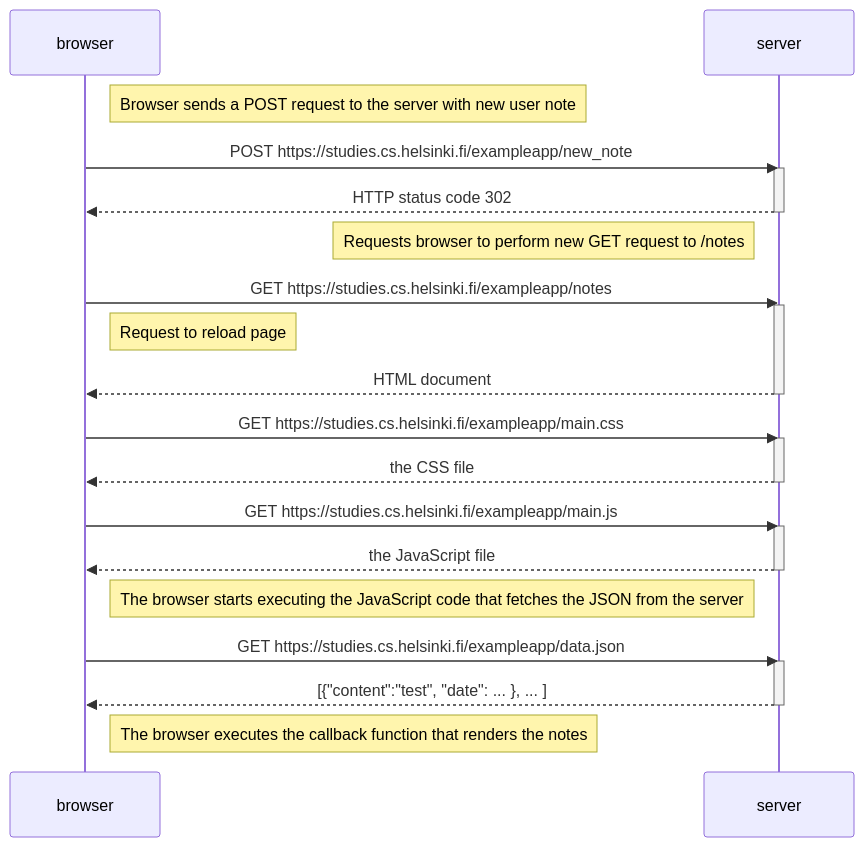
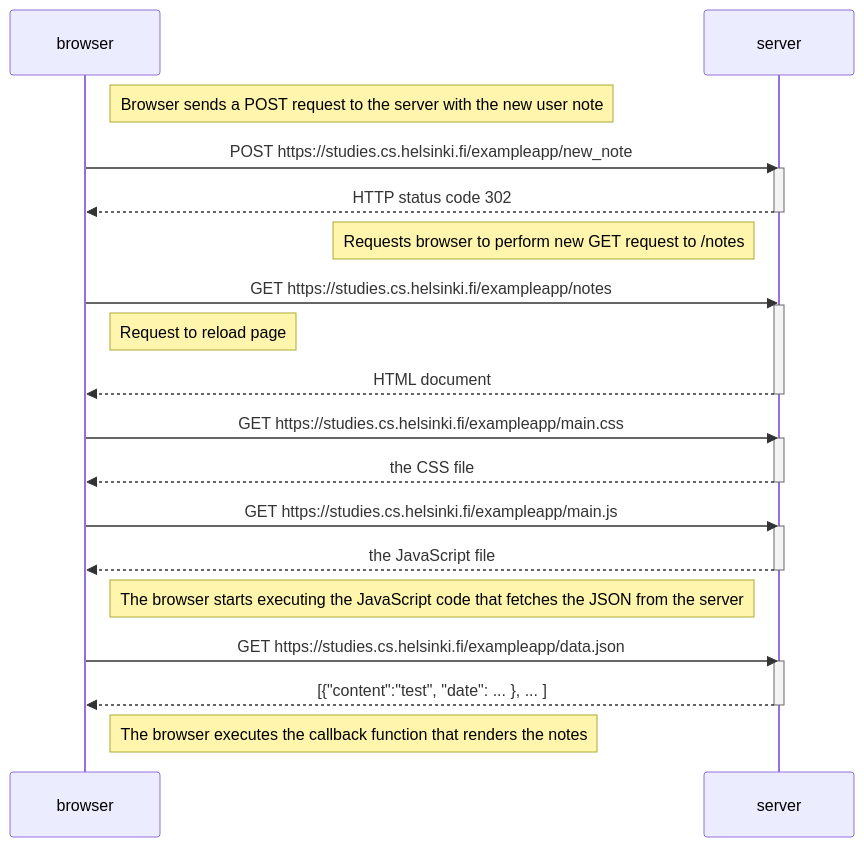
One commit to jmjstone/full-stack-open changed the diagram in part0/0.4/sequence.md. Above: the diagram before and after it, drawn with Mermaid.

Commit message:
note changes

````diff
--- a/part0/0.4/sequence.md
+++ b/part0/0.4/sequence.md
@@ -3,36 +3,36 @@
 ```mermaid
 sequenceDiagram
     participant browser
     participant server
-    Note right of browser: Browser sends a POST request to the server with new user note
+    Note right of browser: Browser sends a POST request to the server with the new user note
     browser->>server: POST https://studies.cs.helsinki.fi/exampleapp/new_note
     activate server
     server-->>browser: HTTP status code 302
     deactivate server
     Note left of server: Requests browser to perform new GET request to /notes
     browser->>server: GET https://studies.cs.helsinki.fi/exampleapp/notes
     activate server
     Note right of browser: Request to reload page
     server-->>browser: HTML document
     deactivate server
 
 
     browser->>server: GET https://studies.cs.helsinki.fi/exampleapp/main.css
     activate server
     server-->>browser: the CSS file
     deactivate server
 
 
     browser->>server: GET https://studies.cs.helsinki.fi/exampleapp/main.js
     activate server
     server-->>browser: the JavaScript file
     deactivate server
     Note right of browser: The browser starts executing the JavaScript code that fetches the JSON from the server
 
 
     browser->>server: GET https://studies.cs.helsinki.fi/exampleapp/data.json
     activate server
     server-->>browser: [{"content":"test", "date": ... }, ... ]
     deactivate server
     Note right of browser: The browser executes the callback function that renders the notes
 ```
````
